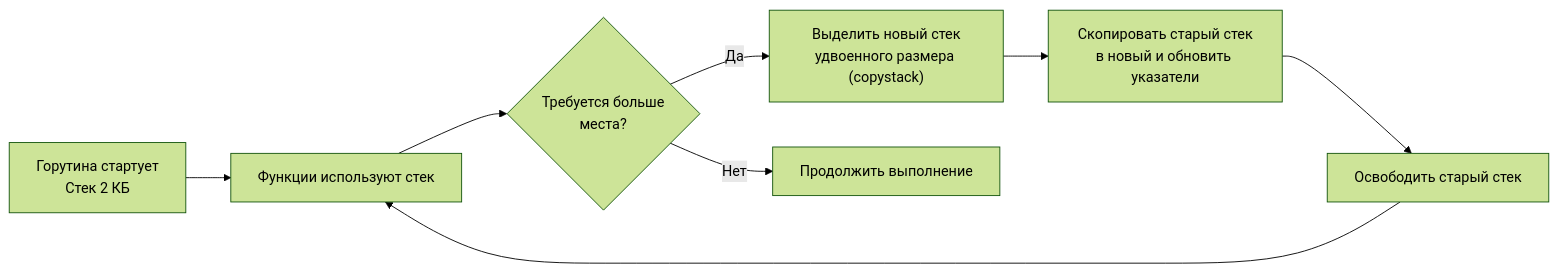
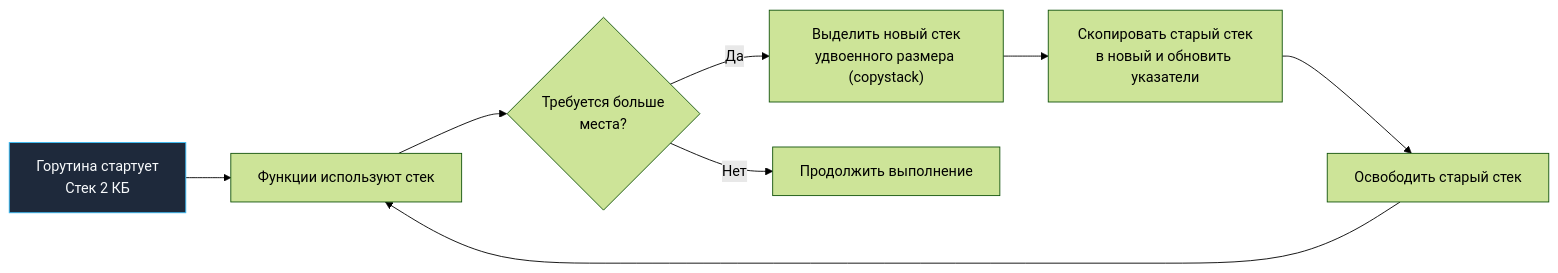
The diagram in sources/16. Профилирование, отладка и производительность/04. Memory profiling/2. Heap vs stack.md (UnrealTemplier/go-textbook), drawn with Mermaid (forest theme) before and after one commit. The commit also changed 1666 other files, not shown here.

First line of the commit message:
feat(mermaid): add semantic color classDef to 1369 colorless flowchart/graph diagrams

````diff
--- a/sources/16. Профилирование, отладка и производительность/04. Memory profiling/2. Heap vs stack.md
+++ b/sources/16. Профилирование, отладка и производительность/04. Memory profiling/2. Heap vs stack.md
@@ -38,10 +38,20 @@
 ```mermaid
 flowchart LR
-    Start["Горутина стартует<br>Стек 2 КБ"] --> Use["Функции используют стек"]
+    classDef process  fill:#1e293b,stroke:#38bdf8,stroke-width:1px,color:#f8fafc
+    classDef success  fill:#064e3b,stroke:#34d399,stroke-width:1px,color:#f8fafc
+    classDef error    fill:#7f1d1d,stroke:#f87171,stroke-width:1px,color:#f8fafc
+    classDef warning  fill:#78350f,stroke:#fbbf24,stroke-width:1px,color:#f8fafc
+    classDef entry    fill:#1e3a5f,stroke:#38bdf8,stroke-width:2px,color:#f8fafc
+    classDef aux      fill:#334155,stroke:#64748b,stroke-width:1px,color:#f8fafc
+    classDef system   fill:#312e81,stroke:#a78bfa,stroke-width:1px,color:#f8fafc
+    classDef data     fill:#132d29,stroke:#2dd4bf,stroke-width:1px,color:#f8fafc
+    classDef network  fill:#881337,stroke:#fb7185,stroke-width:1px,color:#f8fafc
+    classDef accent   fill:#1e1b4b,stroke:#818cf8,stroke-width:1px,color:#f8fafc
+    Start["Горутина стартует<br>Стек 2 КБ"]:::process --> Use["Функции используют стек"]
     Use --> NeedsMore{"Требуется больше<br>места?"}
     NeedsMore -- "Да" --> Alloc["Выделить новый стек<br>удвоенного размера (copystack)"]
     Alloc --> Copy["Скопировать старый стек<br>в новый и обновить указатели"]
     Copy --> Free["Освободить старый стек"]
     Free --> Use
     NeedsMore -- "Нет" --> Continue["Продолжить выполнение"]
 ```
````
